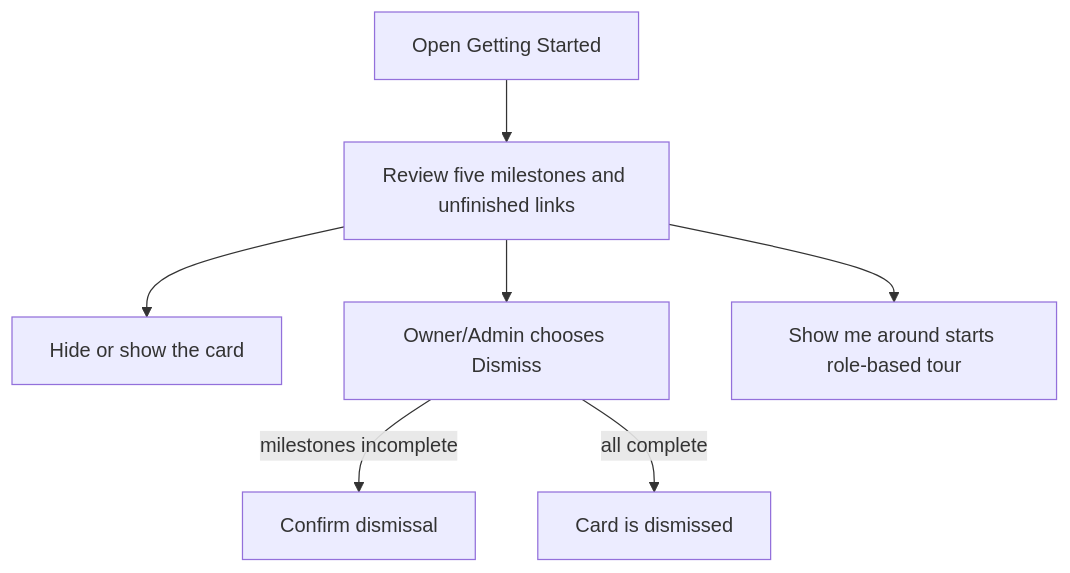
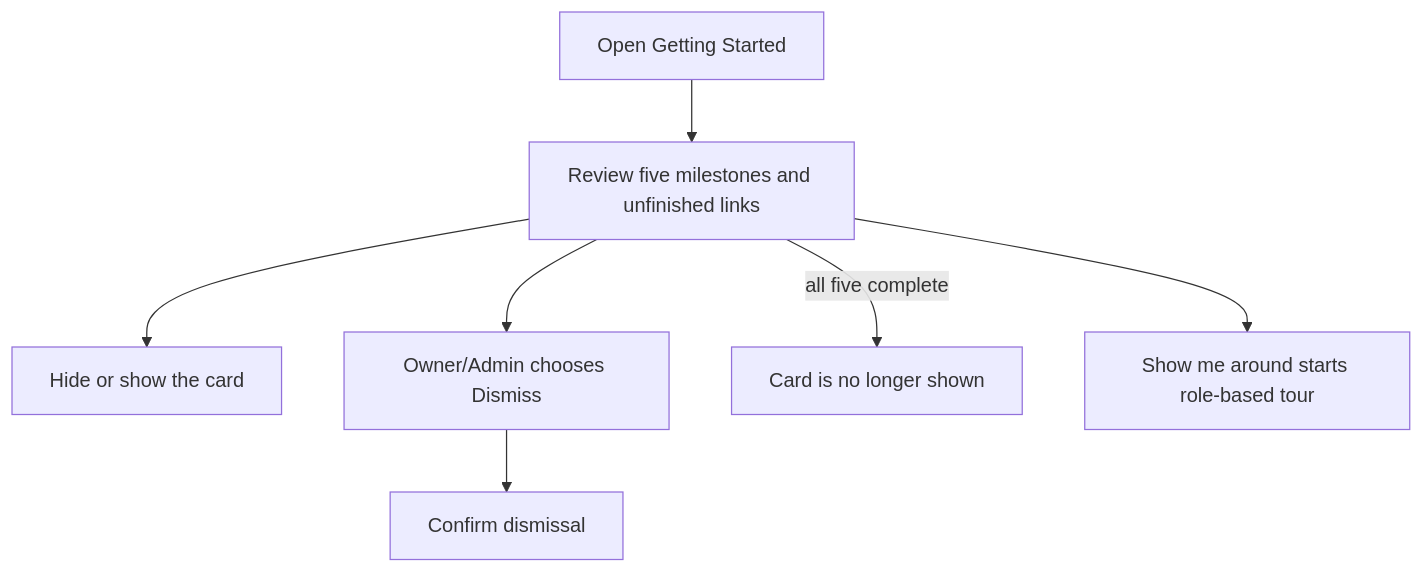
The first of 2 diagrams in user-stories/navigation/US-NAV-13-getting-started.md (Kevinjohn/capacitylens), drawn with Mermaid before and after one commit. The commit also changed other lines of this file and 35 other files, not shown here.

````diff
--- a/user-stories/navigation/US-NAV-13-getting-started.md
+++ b/user-stories/navigation/US-NAV-13-getting-started.md
@@ -23,9 +23,9 @@
 ```mermaid
 flowchart TD
   open["Open Getting Started"] --> review["Review five milestones and unfinished links"]
   review --> toggle["Hide or show the card"]
   review --> dismiss["Owner/Admin chooses Dismiss"]
-  dismiss -->|milestones incomplete| confirm["Confirm dismissal"]
-  dismiss -->|all complete| done["Card is dismissed"]
+  dismiss --> confirm["Confirm dismissal"]
+  review -->|all five complete| gone["Card is no longer shown"]
   review --> tour["Show me around starts role-based tour"]
 ```
````
